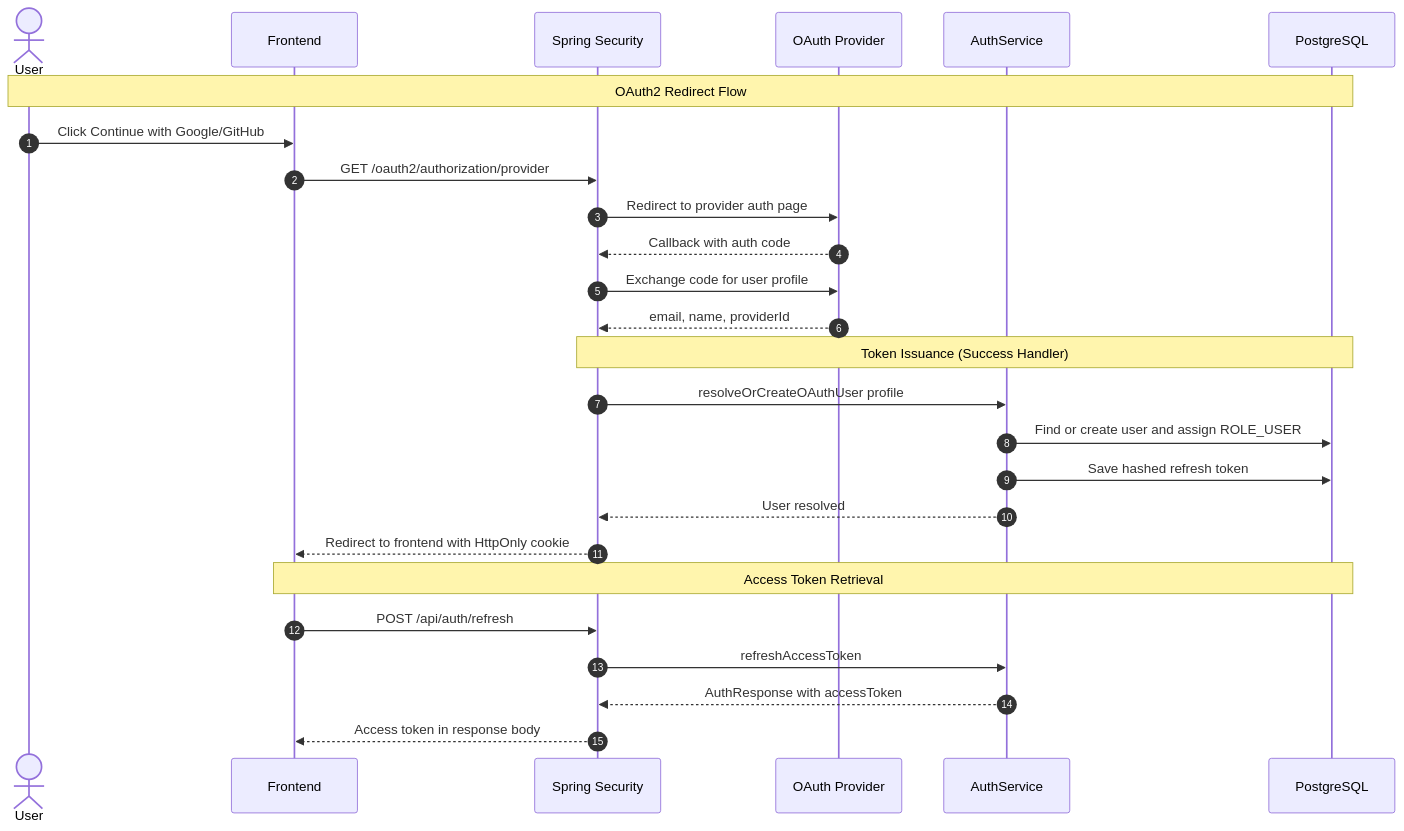
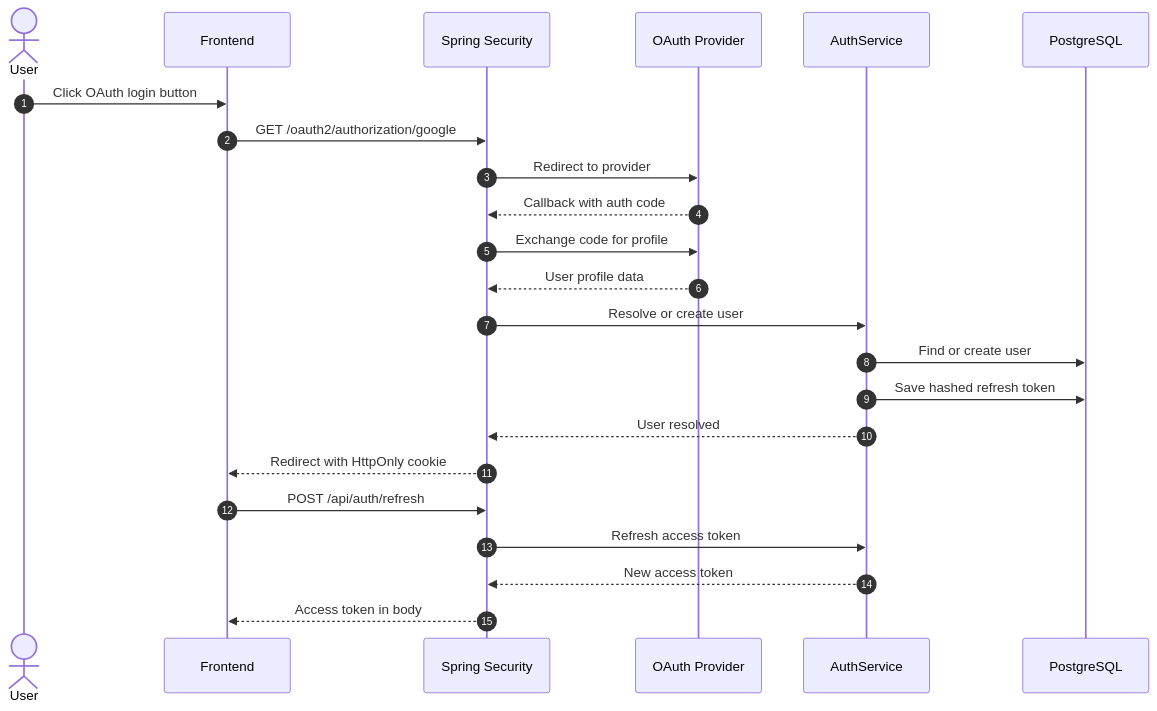
The ninth of 12 diagrams in README.md (himanshugupta91/Full-Stack-Authentication-System), drawn with Mermaid before and after one commit. The commit also changed other lines of this file, not shown here.

Commit message:
Rewrite all 12 mermaid diagrams from scratch with plain GitHub-compatible syntax

````diff
--- a/README.md
+++ b/README.md
@@ -431,31 +400,26 @@
 ```mermaid
 sequenceDiagram
     autonumber
     actor User
     participant FE as Frontend
     participant SEC as Spring Security
     participant OP as OAuth Provider
     participant SVC as AuthService
     participant DB as PostgreSQL
 
-    Note over User,DB: OAuth2 Redirect Flow
-    User->>FE: Click Continue with Google/GitHub
-    FE->>SEC: GET /oauth2/authorization/provider
-    SEC->>OP: Redirect to provider auth page
+    User->>FE: Click OAuth login button
+    FE->>SEC: GET /oauth2/authorization/google
+    SEC->>OP: Redirect to provider
     OP-->>SEC: Callback with auth code
-    SEC->>OP: Exchange code for user profile
-    OP-->>SEC: email, name, providerId
-
-    Note over SEC,DB: Token Issuance (Success Handler)
-    SEC->>SVC: resolveOrCreateOAuthUser profile
-    SVC->>DB: Find or create user and assign ROLE_USER
+    SEC->>OP: Exchange code for profile
+    OP-->>SEC: User profile data
+    SEC->>SVC: Resolve or create user
+    SVC->>DB: Find or create user
     SVC->>DB: Save hashed refresh token
     SVC-->>SEC: User resolved
-    SEC-->>FE: Redirect to frontend with HttpOnly cookie
-
-    Note over FE,DB: Access Token Retrieval
+    SEC-->>FE: Redirect with HttpOnly cookie
     FE->>SEC: POST /api/auth/refresh
-    SEC->>SVC: refreshAccessToken
-    SVC-->>SEC: AuthResponse with accessToken
-    SEC-->>FE: Access token in response body
+    SEC->>SVC: Refresh access token
+    SVC-->>SEC: New access token
+    SEC-->>FE: Access token in body
 ```
````
